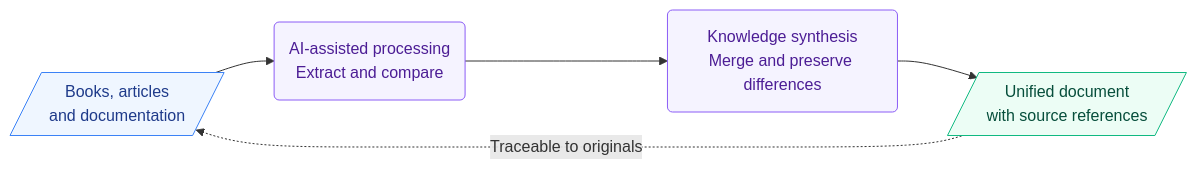
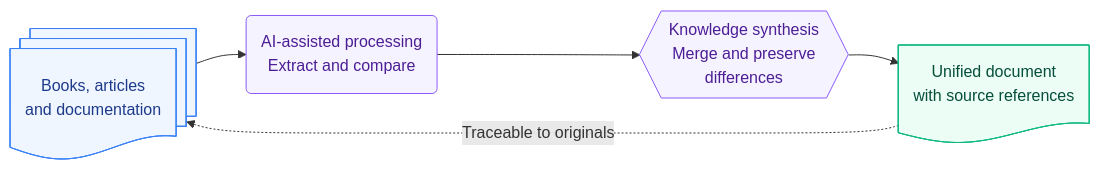
The diagram in README.md (PegasusCrew/gromozeka), drawn with Mermaid before and after one commit.

Commit message:
docs(README.md): update mermaid flowchart syntax to use shape definitions and improve readability

````diff
--- a/README.md
+++ b/README.md
@@ -9,14 +9,17 @@
 ```mermaid
 flowchart LR
-    sources[/"Books, articles<br/>and documentation"/] --> processing("AI-assisted processing<br/>Extract and compare")
-    processing --> synthesis("Knowledge synthesis<br/>Merge and preserve differences")
-    synthesis --> output[/"Unified document<br/>with source references"/]
+    sources@{ shape: docs, label: "Books, articles<br/>and documentation" }
+    processing("AI-assisted processing<br/>Extract and compare")
+    synthesis{{"Knowledge synthesis<br/>Merge and preserve<br/>differences"}}
+    output@{ shape: doc, label: "Unified document<br/>with source references" }
+
+    sources --> processing --> synthesis --> output
     output -. "Traceable to originals" .-> sources
 
     classDef source fill:#eff6ff,stroke:#3b82f6,color:#1e3a8a
     classDef ai fill:#f5f3ff,stroke:#8b5cf6,color:#4c1d95
     classDef result fill:#ecfdf5,stroke:#10b981,color:#064e3b
     class sources source
     class processing,synthesis ai
     class output result
 ```
````
